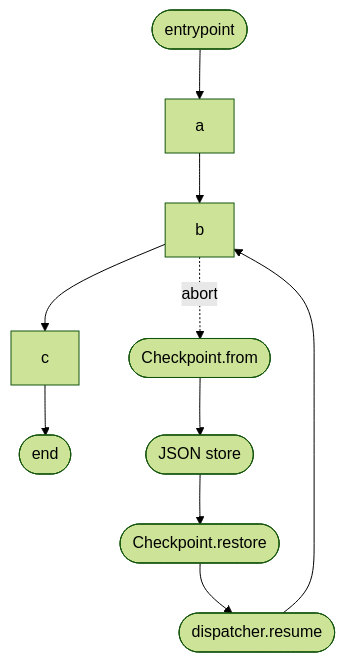
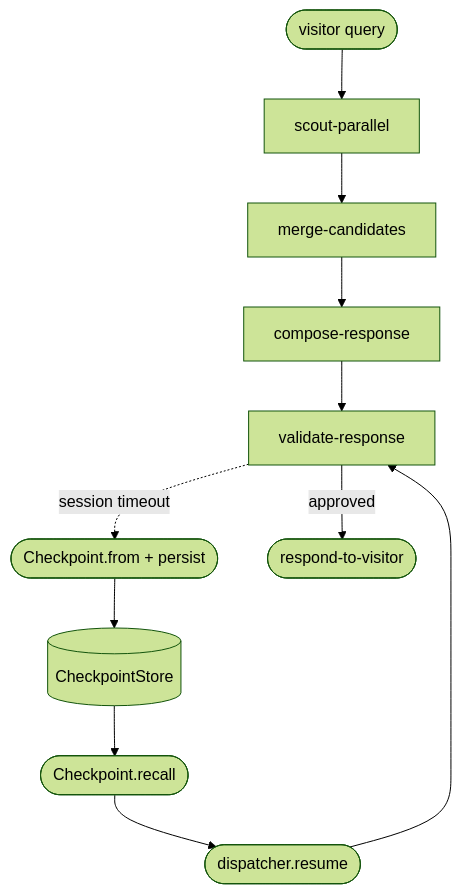
The diagram in docs/examples/08-checkpoint.md (Studnicky/Dagonizer), drawn with Mermaid (forest theme) before and after one commit. The commit also changed other lines of this file and 113 other files, not shown here.

````diff
--- a/docs/examples/08-checkpoint.md
+++ b/docs/examples/08-checkpoint.md
@@ -7,17 +12,23 @@
 ```mermaid
 flowchart TB
-  start([entrypoint])
-  a[a]
-  b[b]
-  c[c]
-  END([end])
-  start --> a
-  a --> b
-  b -. abort .-> ckpt([Checkpoint.from])
-  ckpt --> json([JSON store])
-  json --> recall([Checkpoint.restore])
-  recall --> resume([dispatcher.resume])
-  resume --> b
-  b --> c
-  c --> END
+  start([visitor query])
+  scouts[scout-parallel]
+  merge[merge-candidates]
+  compose[compose-response]
+  validate[validate-response]
+  ckpt([Checkpoint.from + persist])
+  store[(CheckpointStore)]
+  recall([Checkpoint.recall])
+  resume([dispatcher.resume])
+  respond([respond-to-visitor])
+  start --> scouts
+  scouts --> merge
+  merge --> compose
+  compose --> validate
+  validate -. session timeout .-> ckpt
+  ckpt --> store
+  store --> recall
+  recall --> resume
+  resume --> validate
+  validate -->|approved| respond
 ```
````
